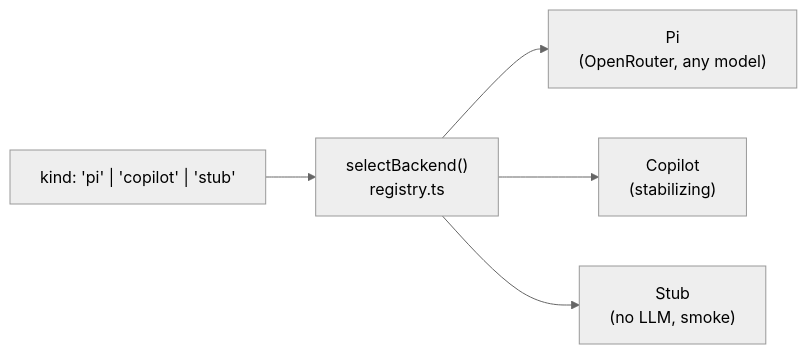
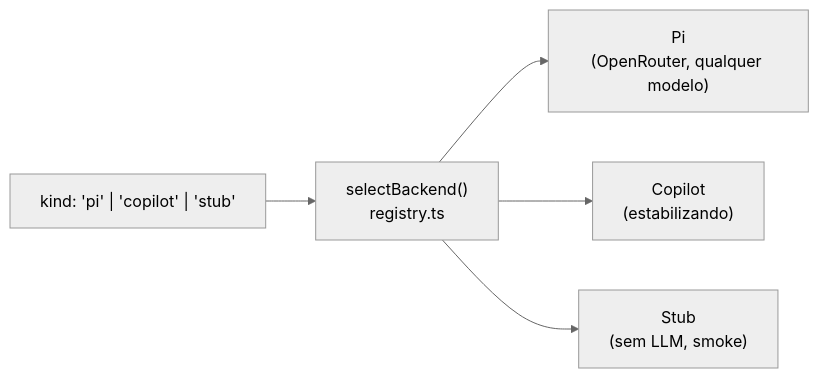
The third of 3 diagrams in README.md (frederico-kluser/huu), drawn with Mermaid (neutral theme) before and after one commit. The commit also changed other lines of this file and 17 other files, not shown here.

````diff
--- a/README.md
+++ b/README.md
@@ -150,8 +156,8 @@
 ```mermaid
 flowchart LR
     K["kind: 'pi' | 'copilot' | 'stub'"]
     K --> R["selectBackend()<br/>registry.ts"]
-    R --> P["Pi<br/>(OpenRouter, any model)"]
-    R --> C["Copilot<br/>(stabilizing)"]
-    R --> S["Stub<br/>(no LLM, smoke)"]
+    R --> P["Pi<br/>(OpenRouter, qualquer modelo)"]
+    R --> C["Copilot<br/>(estabilizando)"]
+    R --> S["Stub<br/>(sem LLM, smoke)"]
 ```
````
